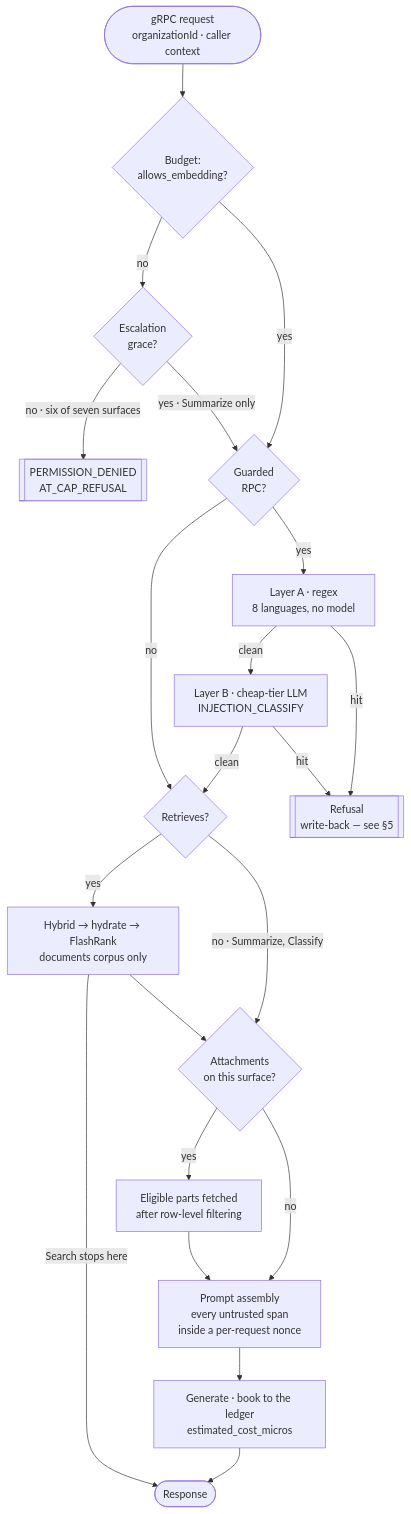
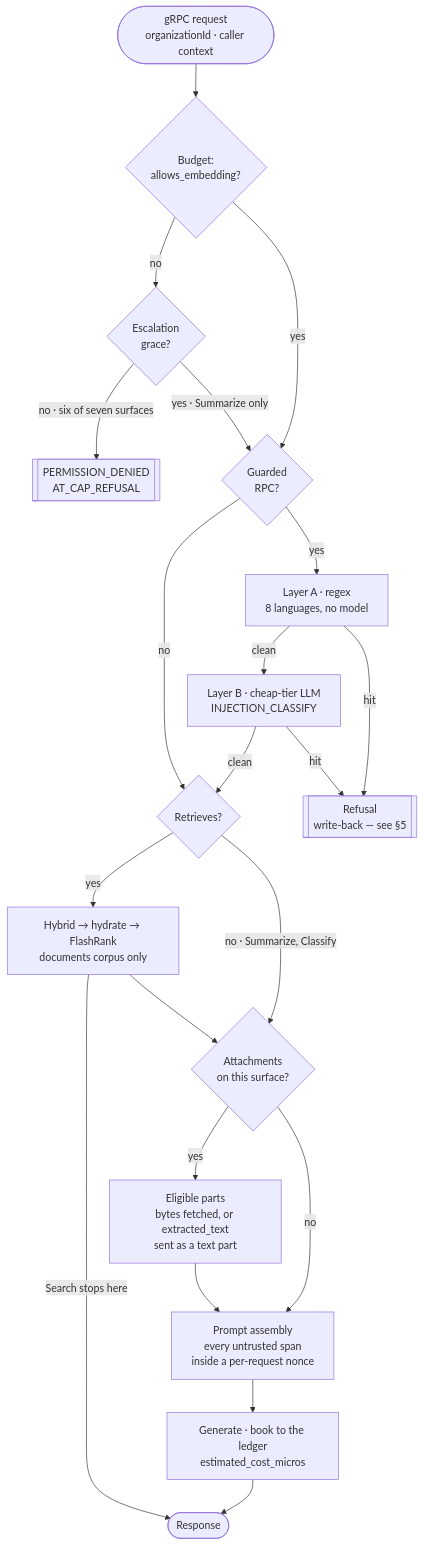
One commit to dungtq2k5/synapse-desk changed the second of 4 diagrams in docs/reference/sys-flows.md. Above: the diagram before and after it, drawn with Mermaid. The commit also changed other lines of this file and 2 other files, not shown here.

````diff
--- a/docs/reference/sys-flows.md
+++ b/docs/reference/sys-flows.md
@@ -53,26 +60,26 @@
 ```mermaid
 flowchart TD
   IN([gRPC request<br/>organizationId · caller context]) --> CAP{Budget:<br/>allows_embedding?}
 
   CAP -->|no| GRACE{Escalation<br/>grace?}
   GRACE -->|"no · six of seven surfaces"| DENY[["PERMISSION_DENIED<br/>AT_CAP_REFUSAL"]]
   GRACE -->|"yes · Summarize only"| GUARD
   CAP -->|yes| GUARD
 
   GUARD{Guarded<br/>RPC?} -->|no| RETR
   GUARD -->|yes| LA[Layer A · regex<br/>8 languages, no model]
   LA -->|clean| LB[Layer B · cheap-tier LLM<br/>INJECTION_CLASSIFY]
   LA -->|hit| REFUSE
   LB -->|clean| RETR
   LB -->|hit| REFUSE[[Refusal<br/>write-back — see §5]]
 
   RETR{Retrieves?} -->|yes| DOCS[Hybrid → hydrate → FlashRank<br/>documents corpus only]
   RETR -->|"no · Summarize, Classify"| ATT
   DOCS -->|"Search stops here"| OUT
   DOCS --> ATT{Attachments<br/>on this surface?}
-  ATT -->|yes| PARTS[Eligible parts fetched<br/>after row-level filtering]
+  ATT -->|yes| PARTS[Eligible parts<br/>bytes fetched, or extracted_text<br/>sent as a text part]
   ATT -->|no| PROMPT
   PARTS --> PROMPT[Prompt assembly<br/>every untrusted span<br/>inside a per-request nonce]
   PROMPT --> GEN[Generate · book to the ledger<br/>estimated_cost_micros]
   GEN --> OUT([Response])
 ```
````
